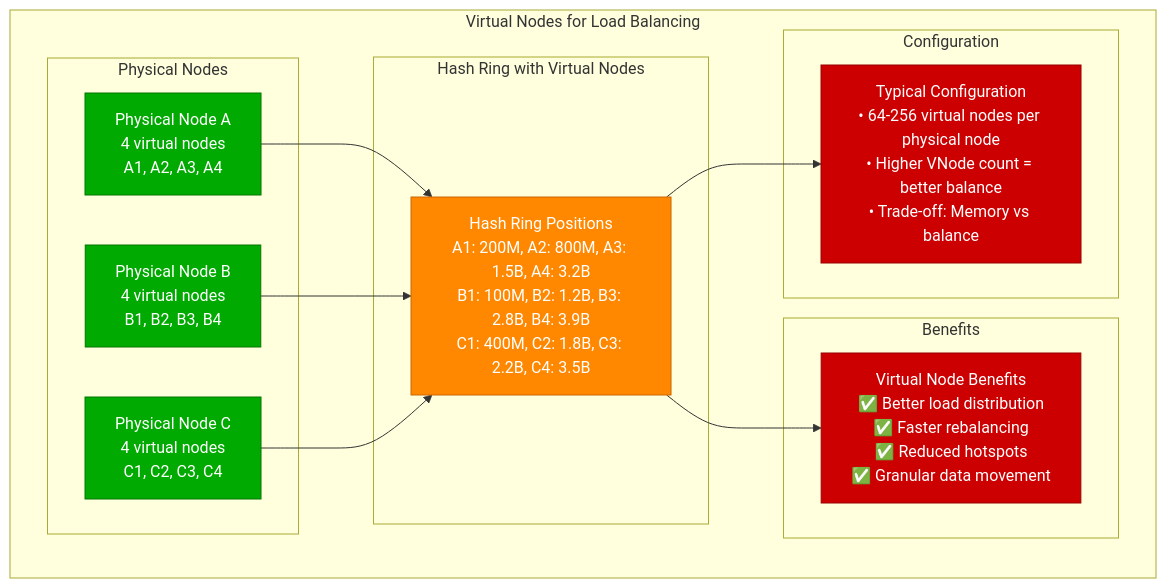
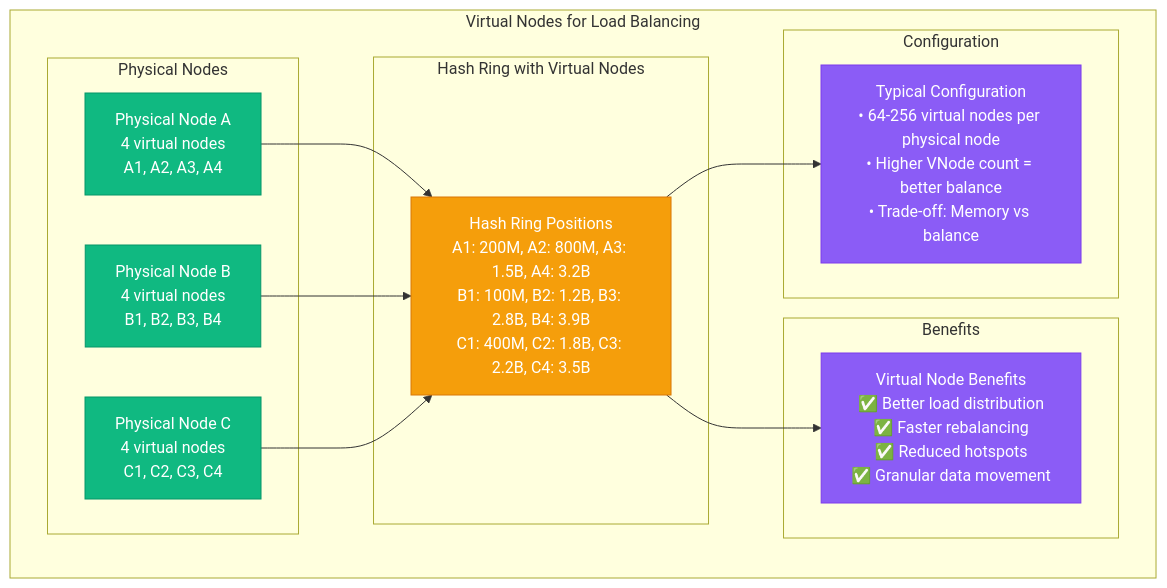
The fourth of 5 diagrams in site/docs/mechanisms/partitioning/partitioning-consistent-hash.md (deepaucksharma/DS), drawn with Mermaid before and after one commit. The commit also changed other lines of this file and 303 other files, not shown here.

````diff
--- a/site/docs/mechanisms/partitioning/partitioning-consistent-hash.md
+++ b/site/docs/mechanisms/partitioning/partitioning-consistent-hash.md
@@ -128,38 +128,38 @@
 ```mermaid
 graph TB
     subgraph "Virtual Nodes for Load Balancing"
         subgraph "Physical Nodes"
             PHYS_A[Physical Node A<br/>4 virtual nodes<br/>A1, A2, A3, A4]
             PHYS_B[Physical Node B<br/>4 virtual nodes<br/>B1, B2, B3, B4]
             PHYS_C[Physical Node C<br/>4 virtual nodes<br/>C1, C2, C3, C4]
         end
 
         subgraph "Hash Ring with Virtual Nodes"
             VRING[Hash Ring Positions<br/>A1: 200M, A2: 800M, A3: 1.5B, A4: 3.2B<br/>B1: 100M, B2: 1.2B, B3: 2.8B, B4: 3.9B<br/>C1: 400M, C2: 1.8B, C3: 2.2B, C4: 3.5B]
         end
 
         subgraph "Benefits"
             BENEFITS[Virtual Node Benefits<br/>✅ Better load distribution<br/>✅ Faster rebalancing<br/>✅ Reduced hotspots<br/>✅ Granular data movement]
         end
 
         subgraph "Configuration"
             CONFIG[Typical Configuration<br/>• 64-256 virtual nodes per physical node<br/>• Higher VNode count = better balance<br/>• Trade-off: Memory vs balance]
         end
     end
 
     PHYS_A --> VRING
     PHYS_B --> VRING
     PHYS_C --> VRING
 
     VRING --> BENEFITS
     VRING --> CONFIG
 
     %% Apply colors
-    classDef serviceStyle fill:#00AA00,stroke:#007700,color:#fff
-    classDef stateStyle fill:#FF8800,stroke:#CC6600,color:#fff
-    classDef controlStyle fill:#CC0000,stroke:#990000,color:#fff
+    classDef serviceStyle fill:#10B981,stroke:#059669,color:#fff
+    classDef stateStyle fill:#F59E0B,stroke:#D97706,color:#fff
+    classDef controlStyle fill:#8B5CF6,stroke:#7C3AED,color:#fff
 
     class PHYS_A,PHYS_B,PHYS_C serviceStyle
     class VRING stateStyle
     class BENEFITS,CONFIG controlStyle
 ```
````
